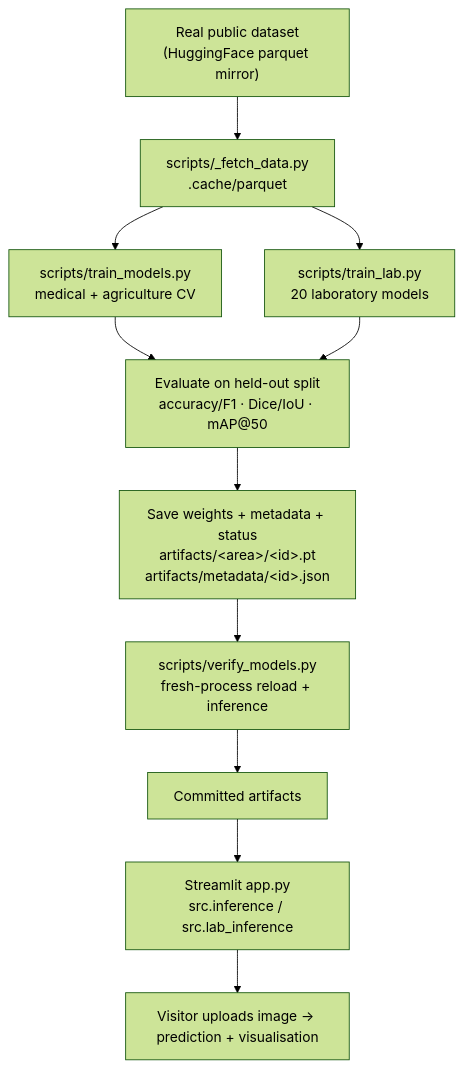
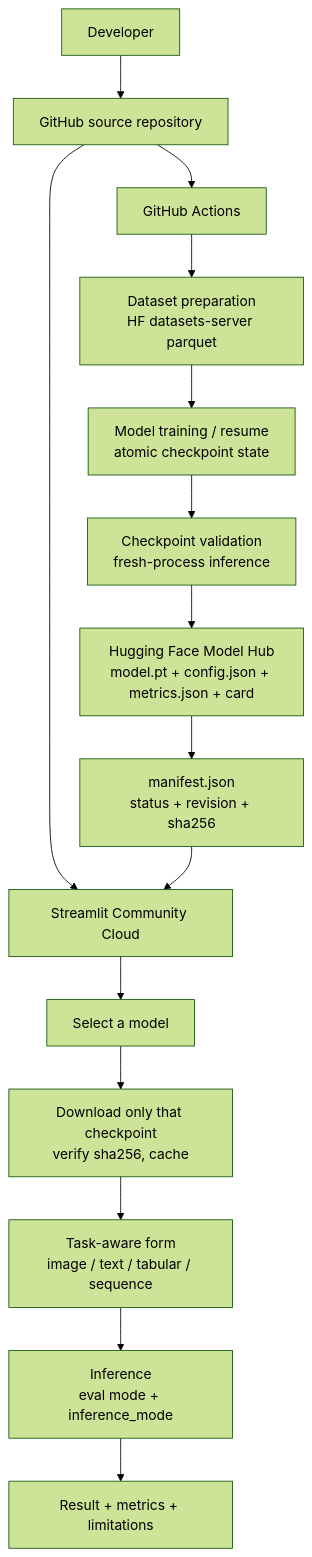
Before and after one commit to deepvisionkararhaider-crypto/deep-learning-models: the diagram in README.md, drawn with Mermaid (forest theme). The commit also changed other lines of this file and 15 other files, not shown here.

First line of the commit message:
docs: add ARCHITECTURE, MODEL_CATALOG, TRAINING, DEPLOYMENT, INFERENCE, MODEL_STATUS, SECURITY

````diff
--- a/README.md
+++ b/README.md
@@ -118,13 +77,17 @@
 ```mermaid
 flowchart TD
-    A["Real public dataset<br/>(HuggingFace parquet mirror)"] --> B["scripts/_fetch_data.py<br/>.cache/parquet"]
-    B --> C1["scripts/train_models.py<br/>medical + agriculture CV"]
-    B --> C2["scripts/train_lab.py<br/>20 laboratory models"]
-    C1 --> D["Evaluate on held-out split<br/>accuracy/F1 · Dice/IoU · mAP@50"]
-    C2 --> D
-    D --> E["Save weights + metadata + status<br/>artifacts/&lt;area&gt;/&lt;id&gt;.pt<br/>artifacts/metadata/&lt;id&gt;.json"]
-    E --> F["scripts/verify_models.py<br/>fresh-process reload + inference"]
-    F --> G["Committed artifacts"]
-    G --> H["Streamlit app.py<br/>src.inference / src.lab_inference"]
-    H --> I["Visitor uploads image → prediction + visualisation"]
+    A[Developer] --> B[GitHub source repository]
+    B --> C[GitHub Actions]
+    C --> D[Dataset preparation<br/>HF datasets-server parquet]
+    D --> E[Model training / resume<br/>atomic checkpoint state]
+    E --> F[Checkpoint validation<br/>fresh-process inference]
+    F --> G[Hugging Face Model Hub<br/>model.pt + config.json + metrics.json + card]
+    G --> H[manifest.json<br/>status + revision + sha256]
+    B --> I[Streamlit Community Cloud]
+    H --> I
+    I --> J[Select a model]
+    J --> K[Download only that checkpoint<br/>verify sha256, cache]
+    K --> L[Task-aware form<br/>image / text / tabular / sequence]
+    L --> M[Inference<br/>eval mode + inference_mode]
+    M --> N[Result + metrics + limitations]
 ```
````
